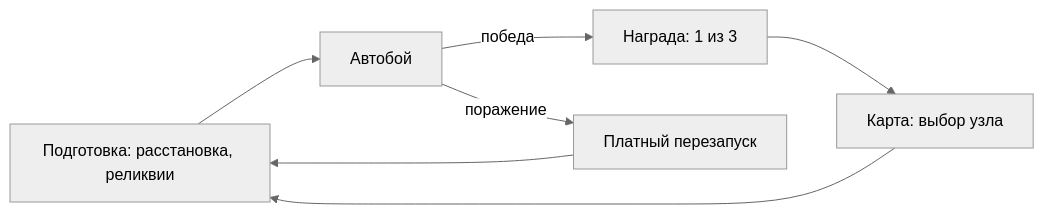
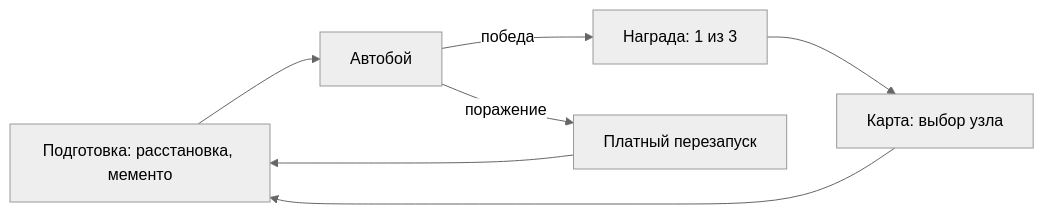
Before and after one commit to Kaliguri/Guildmaster-Autobattler: the diagram in .claude/skills/xgaida-x-nixi-gdd-scribe/references/authoring-artifacts.md, drawn with Mermaid (neutral theme). The commit also changed other lines of this file and 11 other files, not shown here.

````diff
--- a/.claude/skills/xgaida-x-nixi-gdd-scribe/references/authoring-artifacts.md
+++ b/.claude/skills/xgaida-x-nixi-gdd-scribe/references/authoring-artifacts.md
@@ -37,9 +37,9 @@
 ```mermaid
 flowchart LR
-  Prep[Подготовка: расстановка, реликвии] --> Battle[Автобой]
+  Prep[Подготовка: расстановка, мементо] --> Battle[Автобой]
   Battle -->|победа| Reward[Награда: 1 из 3]
   Battle -->|поражение| Restart[Платный перезапуск]
   Reward --> Map[Карта: выбор узла]
   Map --> Prep
   Restart --> Prep
 ```
````
